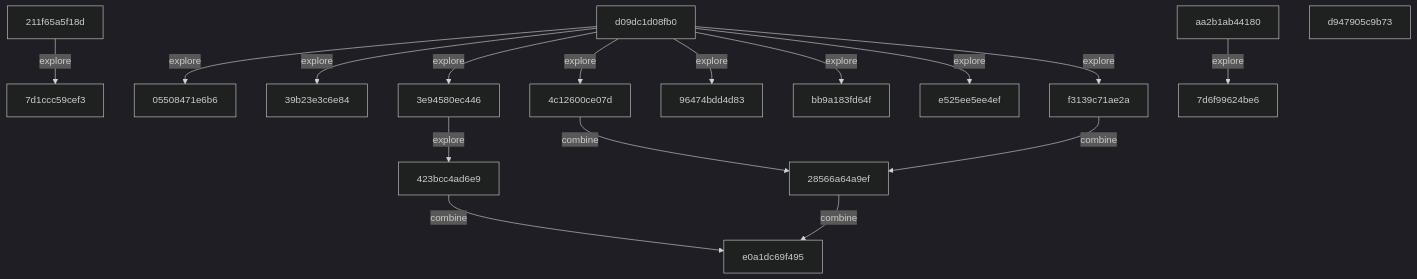
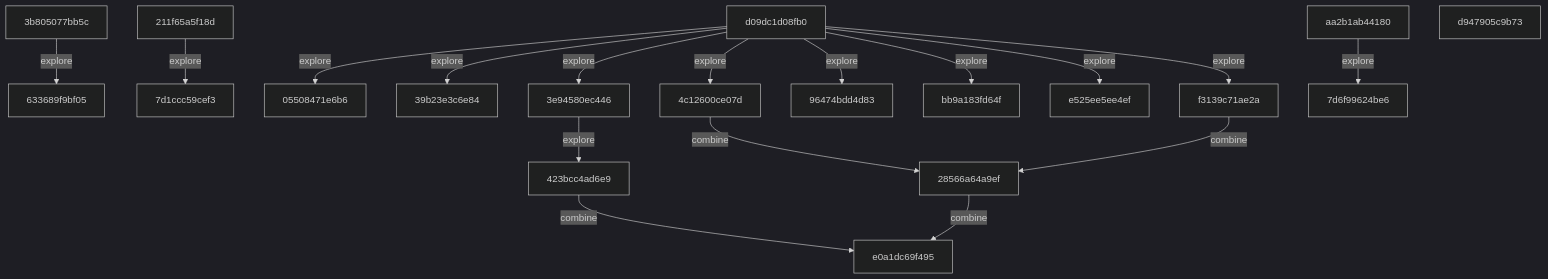
The diagram in README.md (timbtz/feyer-search-lab), drawn with Mermaid (dark theme) before and after one commit. The commit also changed other lines of this file and 1 other file, not shown here.

Commit message:
research: timbtz

````diff
--- a/README.md
+++ b/README.md
@@ -23,35 +23,38 @@
 ```mermaid
 graph TD
   c0["05508471e6b6"]
   c1["211f65a5f18d"]
   c2["28566a64a9ef"]
   c3["39b23e3c6e84"]
-  c4["3e94580ec446"]
-  c5["423bcc4ad6e9"]
-  c6["4c12600ce07d"]
-  c7["7d1ccc59cef3"]
-  c8["7d6f99624be6"]
-  c9["96474bdd4d83"]
-  c10["aa2b1ab44180"]
-  c11["bb9a183fd64f"]
-  c12["d09dc1d08fb0"]
-  c13["d947905c9b73"]
-  c14["e0a1dc69f495"]
-  c15["e525ee5ee4ef"]
-  c16["f3139c71ae2a"]
-  c1 -->|explore| c7
-  c2 -->|combine| c14
-  c4 -->|explore| c5
-  c5 -->|combine| c14
-  c6 -->|combine| c2
-  c10 -->|explore| c8
-  c12 -->|explore| c0
-  c12 -->|explore| c3
-  c12 -->|explore| c4
-  c12 -->|explore| c6
-  c12 -->|explore| c9
-  c12 -->|explore| c11
-  c12 -->|explore| c15
-  c12 -->|explore| c16
-  c16 -->|combine| c2
+  c4["3b805077bb5c"]
+  c5["3e94580ec446"]
+  c6["423bcc4ad6e9"]
+  c7["4c12600ce07d"]
+  c8["633689f9bf05"]
+  c9["7d1ccc59cef3"]
+  c10["7d6f99624be6"]
+  c11["96474bdd4d83"]
+  c12["aa2b1ab44180"]
+  c13["bb9a183fd64f"]
+  c14["d09dc1d08fb0"]
+  c15["d947905c9b73"]
+  c16["e0a1dc69f495"]
+  c17["e525ee5ee4ef"]
+  c18["f3139c71ae2a"]
+  c1 -->|explore| c9
+  c2 -->|combine| c16
+  c4 -->|explore| c8
+  c5 -->|explore| c6
+  c6 -->|combine| c16
+  c7 -->|combine| c2
+  c12 -->|explore| c10
+  c14 -->|explore| c0
+  c14 -->|explore| c3
+  c14 -->|explore| c5
+  c14 -->|explore| c7
+  c14 -->|explore| c11
+  c14 -->|explore| c13
+  c14 -->|explore| c17
+  c14 -->|explore| c18
+  c18 -->|combine| c2
 ```
````
